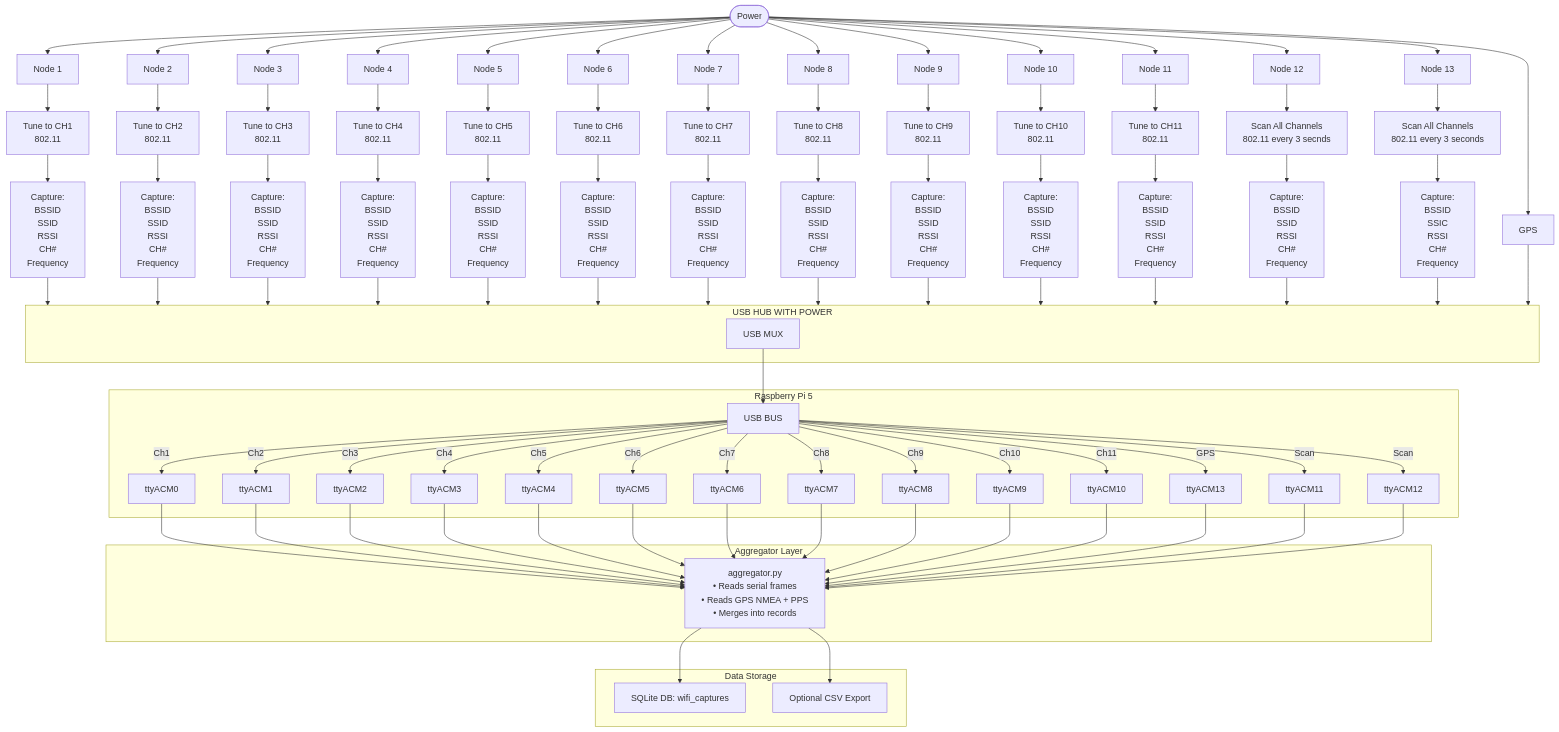
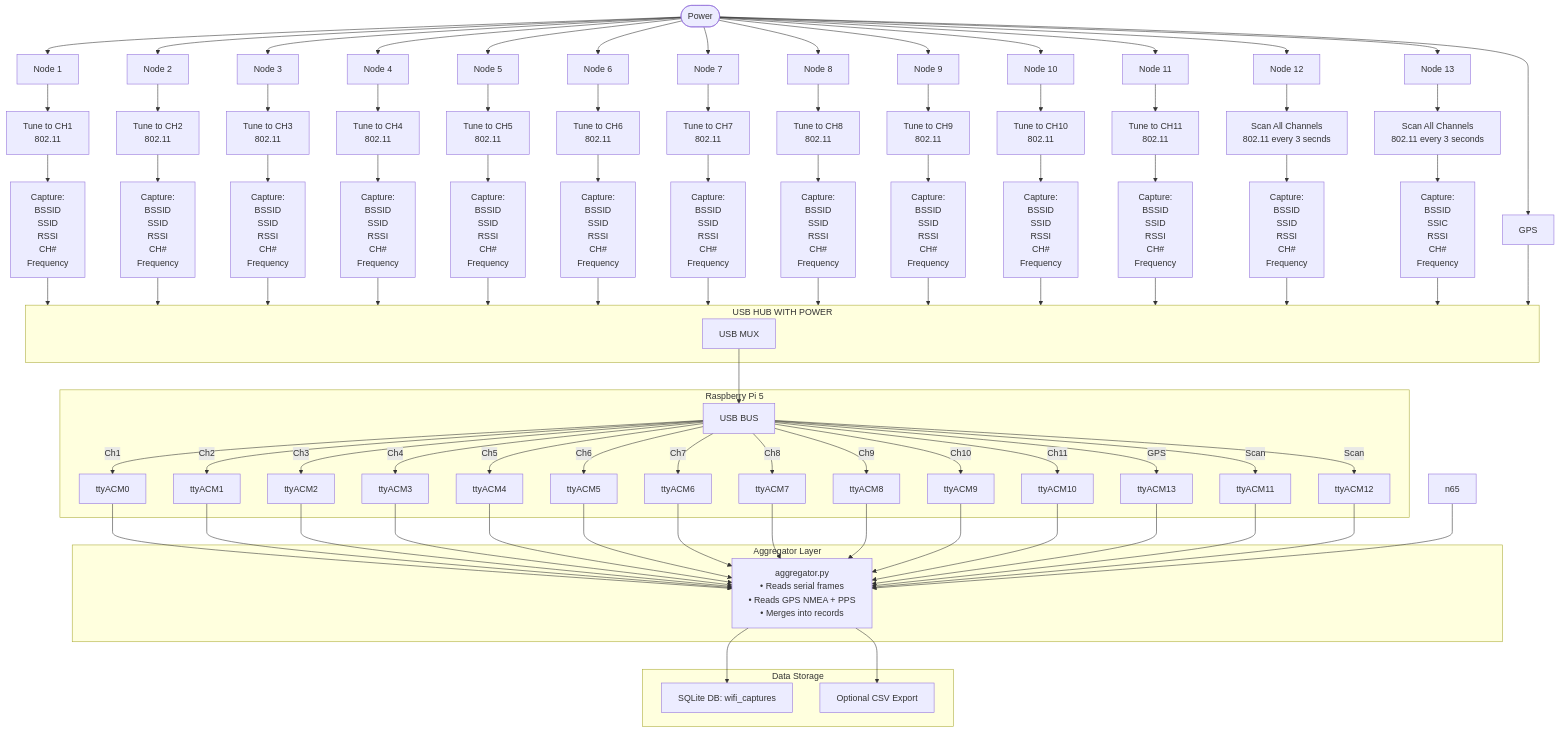
Before and after one commit to sbejarano/WiFi_Promiscuous: the second of 2 diagrams in Readme.md, drawn with Mermaid. The commit also changed other lines of this file, not shown here.

```diff
--- a/Readme.md
+++ b/Readme.md
@@ -238,7 +243,7 @@
   end
 
   %% Flow into processing and storage
-  n42 & n43 & n44 & n45 & n46 & n47 & n48 & n49 & n50 & n52 & n53 & n55 & n63 & n64 --> agg
+  n42 & n43 & n44 & n45 & n46 & n47 & n48 & n49 & n50 & n52 & n53 & n55 & n63 & n64 & n65 --> agg
   agg --> db
   agg --> csv
 
```
